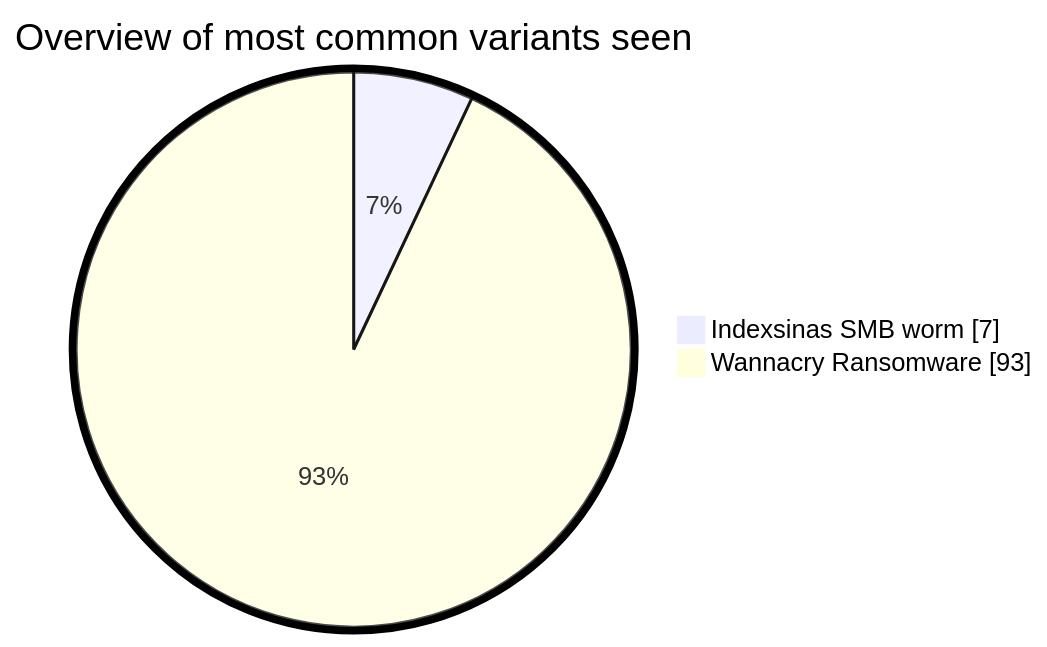
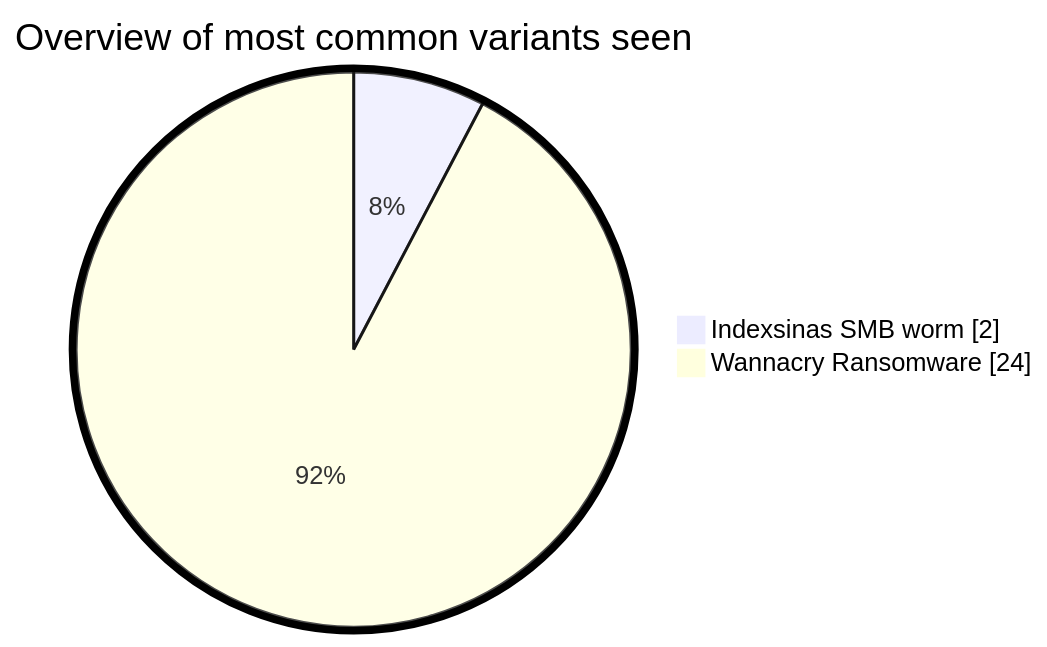
The diagram in README.md (tonyx774/HoneyPot-Analysis), drawn with Mermaid before and after one commit.

````diff
--- a/README.md
+++ b/README.md
@@ -4,8 +4,8 @@
 ```mermaid
  %%{init: {"pie": {"textPosition": 0.5}, "themeVariables": {"pieOuterStrokeWidth": "5px"}} }%%
 pie showData
     title Overview of most common variants seen
-    "Indexsinas SMB worm" : 7
-    "Wannacry Ransomware" : 93
+    "Indexsinas SMB worm" : 2
+    "Wannacry Ransomware" : 24
 
 ```
````
